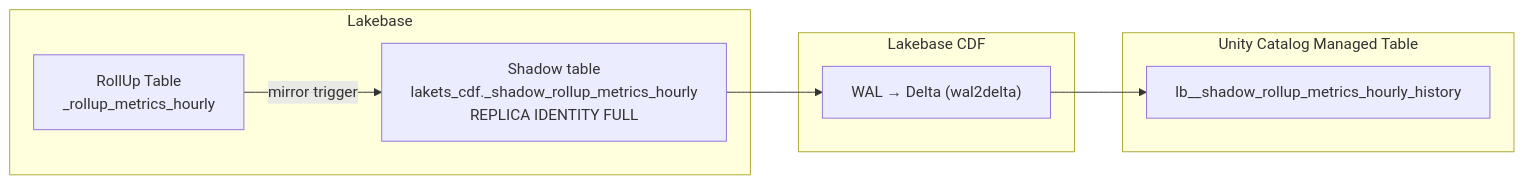
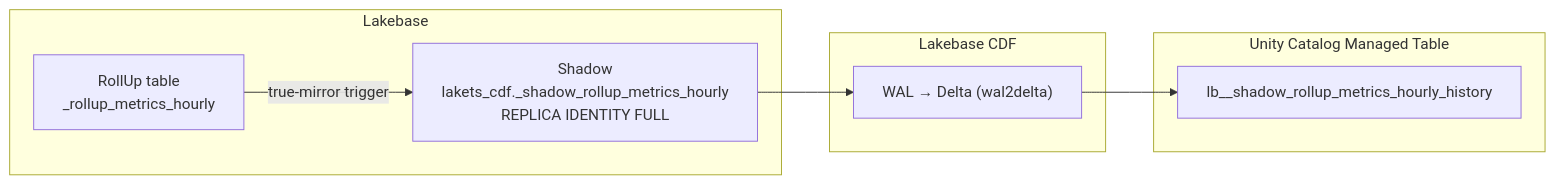
Before and after one commit to databricks-solutions/lakets: the second of 3 diagrams in website/docs/guides/how-it-works/rollups.md, drawn with Mermaid. The commit also changed other lines of this file and 128 other files, not shown here.

````diff
--- a/website/docs/guides/how-it-works/rollups.md
+++ b/website/docs/guides/how-it-works/rollups.md
@@ -302,19 +179,16 @@
 ```mermaid
 flowchart LR
     subgraph LAKEBASE["Lakebase"]
-        RT["RollUp Table<br/>_rollup_metrics_hourly"]
-        SH["Shadow table<br/>lakets_cdf._shadow_rollup_metrics_hourly<br/>REPLICA IDENTITY FULL"]
+        RT["RollUp table<br/>_rollup_metrics_hourly"]
+        SH["Shadow<br/>lakets_cdf._shadow_rollup_metrics_hourly<br/>REPLICA IDENTITY FULL"]
     end
-
     subgraph CDF["Lakebase CDF"]
         CDC["WAL → Delta (wal2delta)"]
     end
-
     subgraph UC["Unity Catalog Managed Table"]
         DT["lb__shadow_rollup_metrics_hourly_history"]
     end
-
-    RT -- "mirror trigger" --> SH
+    RT -- "true-mirror trigger" --> SH
     SH --> CDC
     CDC --> DT
 ```
````
